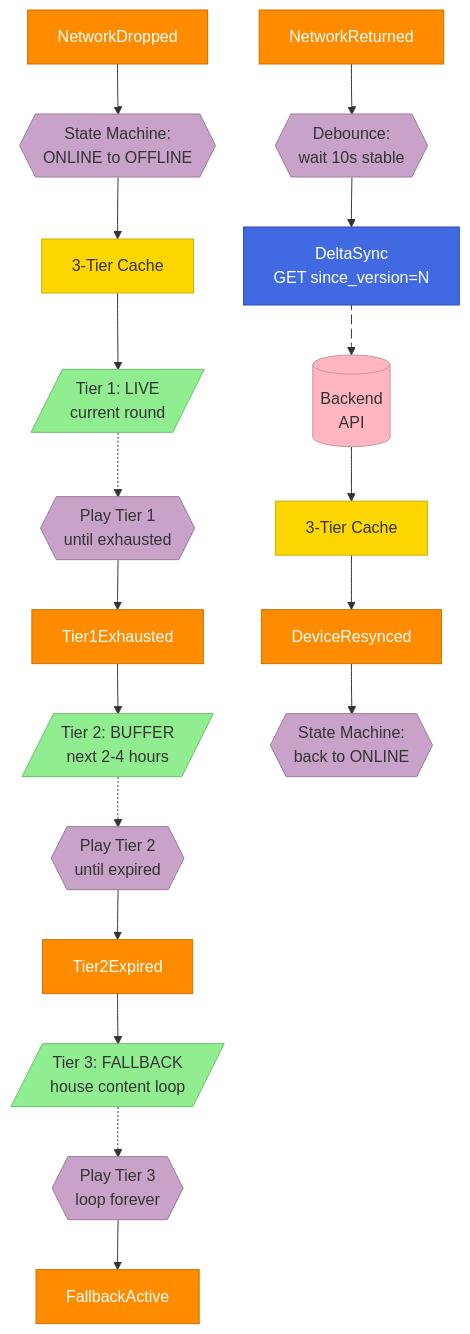
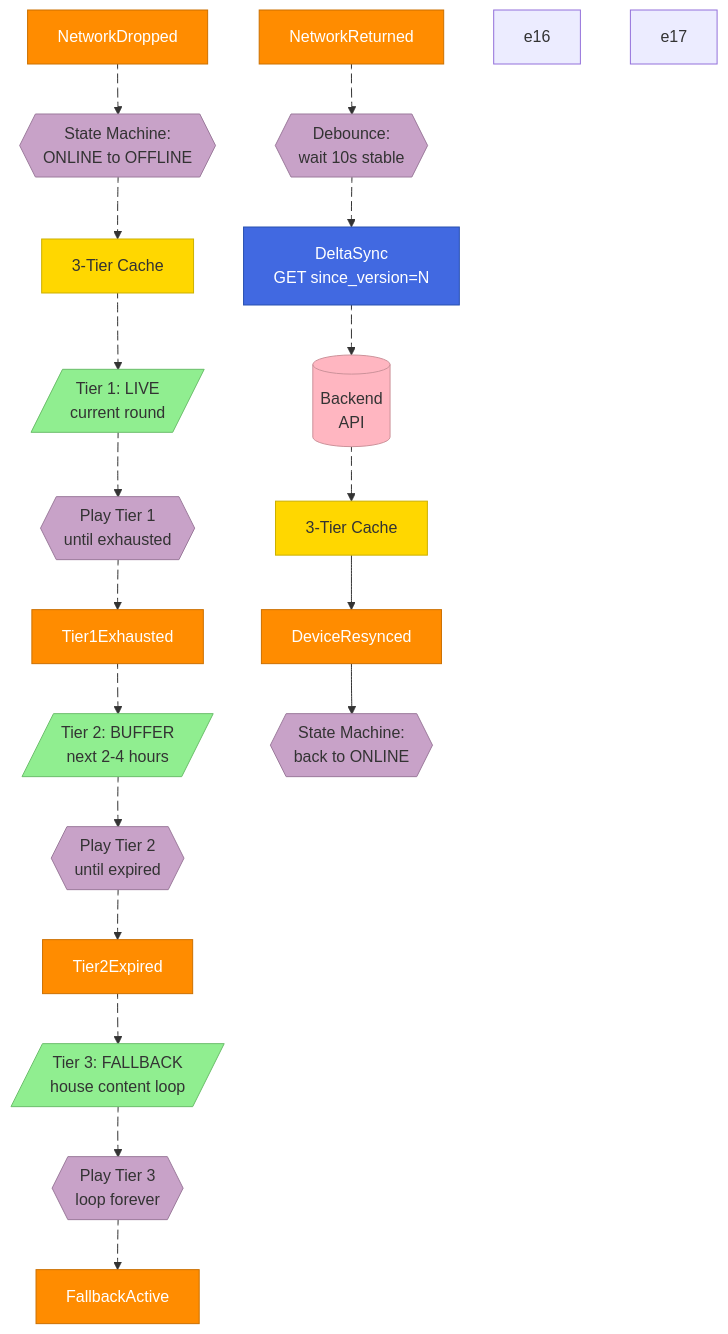
Before and after one commit to wasikarn/jira-generator: the diagram in scripts/diagrams/10-4-process-offline.mmd, drawn with Mermaid. The commit also changed 15 other files, not shown here.

First line of the commit message:
feat: add edge animations to all flowchart diagrams across Sections 4-11

```diff
--- a/scripts/diagrams/10-4-process-offline.mmd
+++ b/scripts/diagrams/10-4-process-offline.mmd
@@ -1,72 +1,88 @@
 flowchart TD
     E_DROP["NetworkDropped"]
     POL_OFFLINE{{"State Machine:<br/>ONLINE to OFFLINE"}}
     AGG_CACHE["3-Tier Cache"]
     RM_T1[/"Tier 1: LIVE<br/>current round"/]
     POL_T1{{"Play Tier 1<br/>until exhausted"}}
     E_T1_DONE["Tier1Exhausted"]
     RM_T2[/"Tier 2: BUFFER<br/>next 2-4 hours"/]
     POL_T2{{"Play Tier 2<br/>until expired"}}
     E_T2_DONE["Tier2Expired"]
     RM_T3[/"Tier 3: FALLBACK<br/>house content loop"/]
     POL_T3{{"Play Tier 3<br/>loop forever"}}
     E_FALLBACK["FallbackActive"]
 
     E_RETURN["NetworkReturned"]
     POL_DEBOUNCE{{"Debounce:<br/>wait 10s stable"}}
     C_SYNC["DeltaSync<br/>GET since_version=N"]
     EXT_API[("Backend<br/>API")]
     AGG_CACHE2["3-Tier Cache"]
     E_SYNCED["DeviceResynced"]
     POL_RESUME{{"State Machine:<br/>back to ONLINE"}}
 
-    E_DROP --> POL_OFFLINE
-    POL_OFFLINE --> AGG_CACHE
-    AGG_CACHE --> RM_T1
-    RM_T1 -.-> POL_T1
-    POL_T1 --> E_T1_DONE
-    E_T1_DONE --> RM_T2
-    RM_T2 -.-> POL_T2
-    POL_T2 --> E_T2_DONE
-    E_T2_DONE --> RM_T3
-    RM_T3 -.-> POL_T3
-    POL_T3 --> E_FALLBACK
+    E_DROP e2@--> POL_OFFLINE
+    POL_OFFLINE e3@--> AGG_CACHE
+    AGG_CACHE e4@--> RM_T1
+    RM_T1 e5@-.-> POL_T1
+    POL_T1 e6@--> E_T1_DONE
+    E_T1_DONE e7@--> RM_T2
+    RM_T2 e8@-.-> POL_T2
+    POL_T2 e9@--> E_T2_DONE
+    E_T2_DONE e10@--> RM_T3
+    RM_T3 e11@-.-> POL_T3
+    POL_T3 e12@--> E_FALLBACK
 
-    E_RETURN --> POL_DEBOUNCE
-    POL_DEBOUNCE --> C_SYNC
+    E_RETURN e13@--> POL_DEBOUNCE
+    POL_DEBOUNCE e14@--> C_SYNC
     C_SYNC e1@--> EXT_API
-    EXT_API --> AGG_CACHE2
+    EXT_API e15@--> AGG_CACHE2
     e1@{ animation: slow }
-    AGG_CACHE2 --> E_SYNCED
-    E_SYNCED --> POL_RESUME
+    e2@{ animation: fast }
+    e3@{ animation: fast }
+    e4@{ animation: fast }
+    e5@{ animation: fast }
+    e6@{ animation: fast }
+    e7@{ animation: fast }
+    e8@{ animation: fast }
+    e9@{ animation: fast }
+    e10@{ animation: fast }
+    e11@{ animation: fast }
+    e12@{ animation: fast }
+    e13@{ animation: fast }
+    e14@{ animation: fast }
+    e15@{ animation: slow }
+    e16@{ animation: fast }
+    e17@{ animation: fast }
+    AGG_CACHE2 e16@--> E_SYNCED
+    E_SYNCED e17@--> POL_RESUME
 
     %% Events - Orange
     style E_DROP fill:#FF8C00,stroke:#CC7000,color:#fff
     style E_T1_DONE fill:#FF8C00,stroke:#CC7000,color:#fff
     style E_T2_DONE fill:#FF8C00,stroke:#CC7000,color:#fff
     style E_FALLBACK fill:#FF8C00,stroke:#CC7000,color:#fff
     style E_RETURN fill:#FF8C00,stroke:#CC7000,color:#fff
     style E_SYNCED fill:#FF8C00,stroke:#CC7000,color:#fff
 
     %% Commands - Blue
     style C_SYNC fill:#4169E1,stroke:#2850B0,color:#fff
 
     %% Aggregates - Yellow
     style AGG_CACHE fill:#FFD700,stroke:#CCB000,color:#333
     style AGG_CACHE2 fill:#FFD700,stroke:#CCB000,color:#333
 
     %% Policies - Lilac
     style POL_OFFLINE fill:#C8A2C8,stroke:#9B7A9B,color:#333
     style POL_T1 fill:#C8A2C8,stroke:#9B7A9B,color:#333
     style POL_T2 fill:#C8A2C8,stroke:#9B7A9B,color:#333
     style POL_T3 fill:#C8A2C8,stroke:#9B7A9B,color:#333
     style POL_DEBOUNCE fill:#C8A2C8,stroke:#9B7A9B,color:#333
     style POL_RESUME fill:#C8A2C8,stroke:#9B7A9B,color:#333
 
     %% Read Models - Green
     style RM_T1 fill:#90EE90,stroke:#6BBE6B,color:#333
     style RM_T2 fill:#90EE90,stroke:#6BBE6B,color:#333
     style RM_T3 fill:#90EE90,stroke:#6BBE6B,color:#333
 
     %% External - Pink
     style EXT_API fill:#FFB6C1,stroke:#CC929A,color:#333
```
